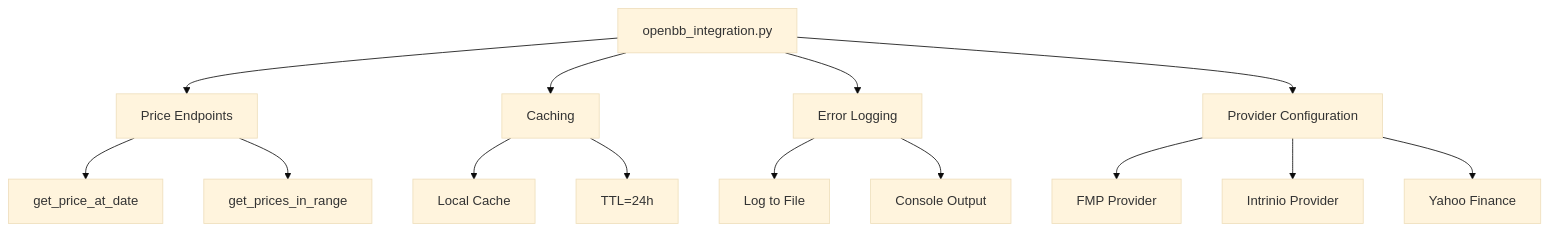
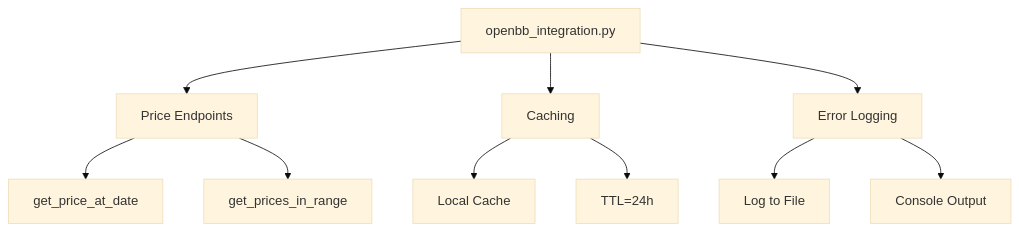
Before and after one commit to Marx2/backtest: the second of 2 diagrams in plan.md, drawn with Mermaid (base theme). The commit also changed other lines of this file, not shown here.

````diff
--- a/plan.md
+++ b/plan.md
@@ -34,16 +66,12 @@
 ```mermaid
 graph TD
     A[openbb_integration.py] --> B[Price Endpoints]
     A --> C[Caching]
     A --> D[Error Logging]
-    A --> E[Provider Configuration]
     B --> F[get_price_at_date]
     B --> G[get_prices_in_range]
     C --> H[Local Cache]
     C --> I[TTL=24h]
     D --> J[Log to File]
     D --> K[Console Output]
-    E --> L[FMP Provider]
-    E --> M[Intrinio Provider]
-    E --> N[Yahoo Finance]
 ```
````
